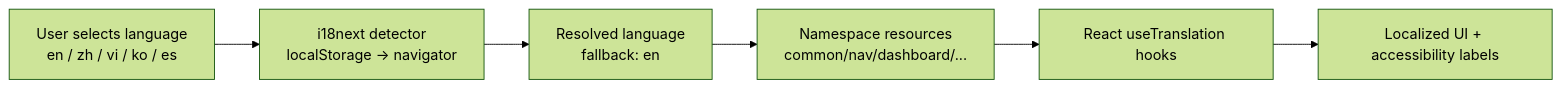
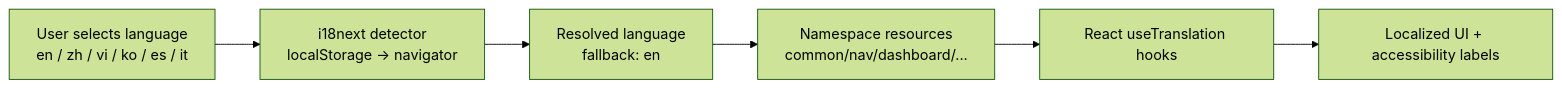
The second of 22 diagrams in README-KO.md (NikoAuso/Claude-Code-Agent-Monitor), drawn with Mermaid (forest theme) before and after one commit. The commit also changed other lines of this file and 53 other files, not shown here.

````diff
--- a/README-KO.md
+++ b/README-KO.md
@@ -135,8 +135,8 @@
 ```mermaid
 flowchart LR
-    A["User selects language<br/>en / zh / vi / ko / es"] --> B["i18next detector<br/>localStorage -> navigator"]
+    A["User selects language<br/>en / zh / vi / ko / es / it"] --> B["i18next detector<br/>localStorage -> navigator"]
     B --> C["Resolved language<br/>fallback: en"]
     C --> D["Namespace resources<br/>common/nav/dashboard/..."]
     D --> E["React useTranslation hooks"]
     E --> F["Localized UI + accessibility labels"]
 ```
````
